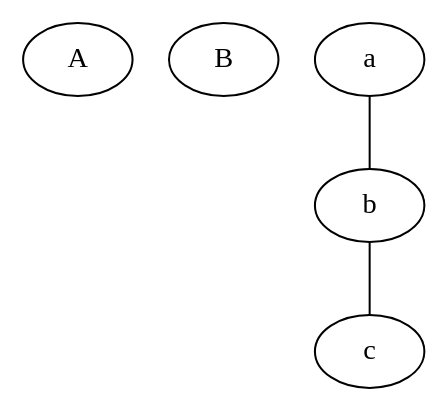
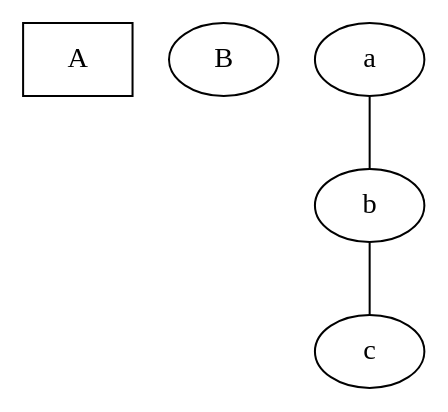
One commit to YaccConstructor/QuickGraph changed the diagram in DotParserProject/test_inputs/test1.dot. Above: the diagram before and after it, drawn with Graphviz. The commit also changed 9 other files, not shown here.

```diff
--- a/DotParserProject/test_inputs/test1.dot
+++ b/DotParserProject/test_inputs/test1.dot
@@ -1,8 +1,10 @@
-strict graph MyGraph {
-
-size = 15;
+strict graph test1_graph {
+graph [color = red]
 node [col = b, tail = bp];
-A: ne [name = Anode]
+A: ne [name = Anode, size=123,shape=rect]
 B: nextnode : se;
+edge [ size = 100500 ]
 a -- b -- c [name = Cnode]
+node [ shape=Triangle ];
+style=fashionable
 }
```
